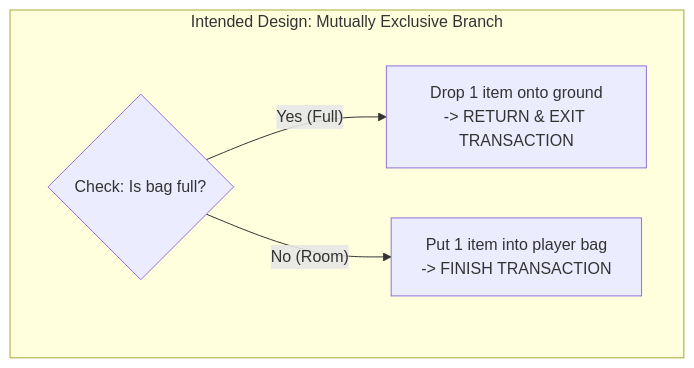
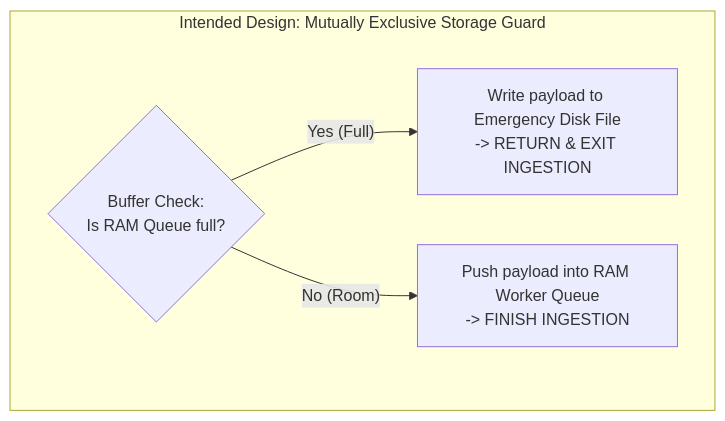
One commit to loerei/myskills changed the sixth of 6 diagrams in productivity/your-co-engineer-for-this-jet-engine-is-an-infant/REFERENCE.md. Above: the diagram before and after it, drawn with Mermaid. The commit also changed other lines of this file, not shown here.

Commit message:
docs(jet-engine-infant): purge Vietnamese headers and generalize Mode D with background job queue

````diff
--- a/productivity/your-co-engineer-for-this-jet-engine-is-an-infant/REFERENCE.md
+++ b/productivity/your-co-engineer-for-this-jet-engine-is-an-infant/REFERENCE.md
@@ -180,11 +181,11 @@
 ```mermaid
 flowchart TD
-    subgraph CLEAN_SHOP["Intended Design: Mutually Exclusive Branch"]
-        CheckFullClean{"Check: Is bag full?"}
-        DropClean["Drop 1 item onto ground<br/>-> RETURN & EXIT TRANSACTION"]
-        AddBagClean["Put 1 item into player bag<br/>-> FINISH TRANSACTION"]
+    subgraph CLEAN_INGEST["Intended Design: Mutually Exclusive Storage Guard"]
+        CheckBufferClean{"Buffer Check:<br/>Is RAM Queue full?"}
+        SpillClean["Write payload to Emergency Disk File<br/>-> RETURN & EXIT INGESTION"]
+        PushRAMClean["Push payload into RAM Worker Queue<br/>-> FINISH INGESTION"]
 
-        CheckFullClean -->|"Yes (Full)"| DropClean
-        CheckFullClean -->|"No (Room)"| AddBagClean
+        CheckBufferClean -->|"Yes (Full)"| SpillClean
+        CheckBufferClean -->|"No (Room)"| PushRAMClean
     end
 ```
````
